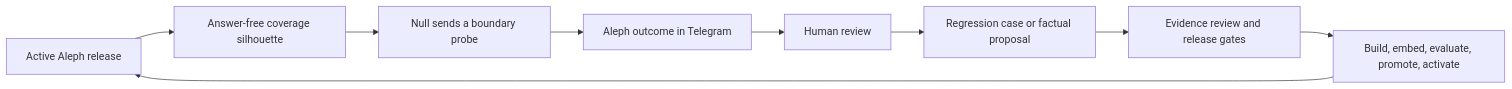
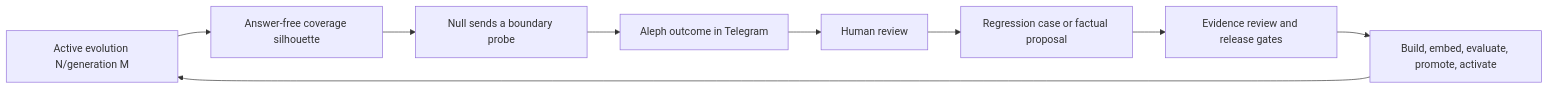
Before and after one commit to wildcat-finance/project-aleph: the diagram in README.md, drawn with Mermaid. The commit also changed other lines of this file and 25 other files, not shown here.

First line of the commit message:
Bind Aleph releases to evolution and generation (#96)

````diff
--- a/README.md
+++ b/README.md
@@ -82,11 +83,11 @@
 ```mermaid
 flowchart LR
-    A["Active Aleph release"] --> S["Answer-free coverage silhouette"]
+    A["Active evolution N/generation M"] --> S["Answer-free coverage silhouette"]
     S --> B["Null sends a boundary probe"]
     B --> C["Aleph outcome in Telegram"]
     C --> D["Human review"]
     D --> E["Regression case or factual proposal"]
     E --> F["Evidence review and release gates"]
     F --> G["Build, embed, evaluate, promote, activate"]
     G --> A
 ```
````
